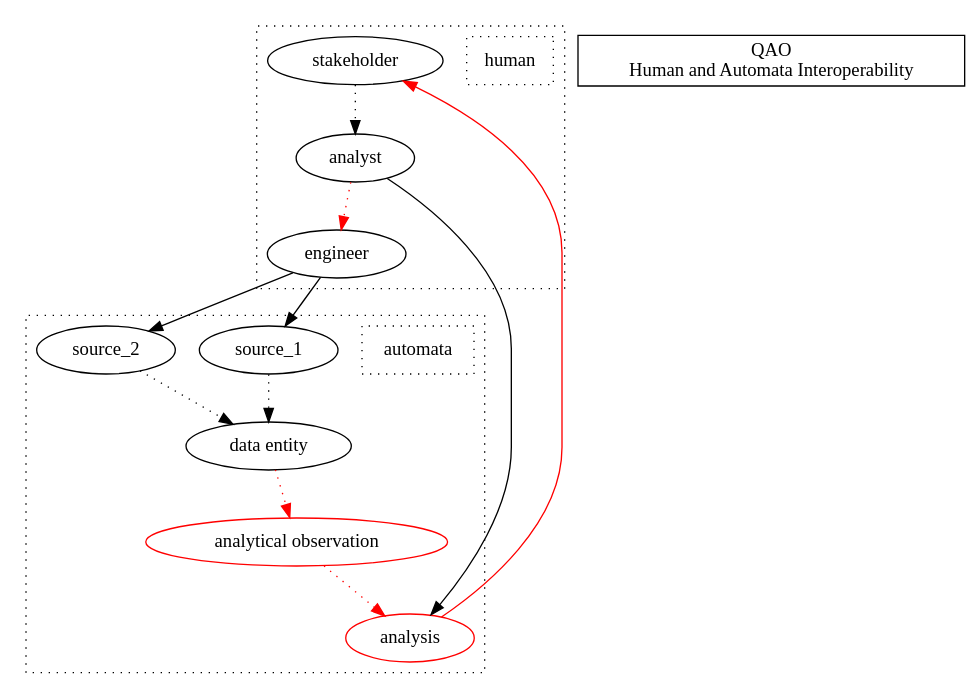
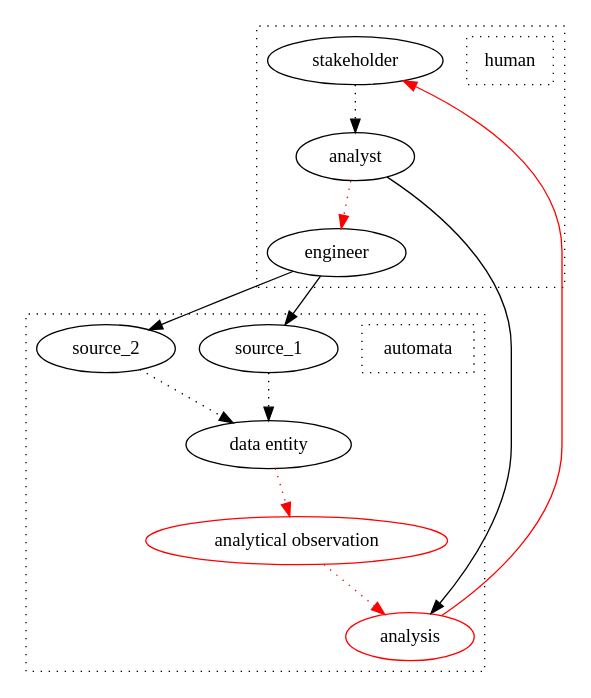
The diagram in blog/2025-04-21-olog-comedy.qmd (softloud/good-enough), drawn with Graphviz before and after one commit. The commit also changed 3 other files, not shown here.

````diff
--- a/blog/2025-04-21-olog-comedy.qmd
+++ b/blog/2025-04-21-olog-comedy.qmd
@@ -200,43 +200,41 @@
 ```{dot}
 digraph G {
     
   subgraph cluster_data {
     style = dotted
 
     automata [style = "dotted", shape = box]
 
     join [label="data entity"]
     output [label="analytical observation", color=red]
     analysis [color=red]
 
     source_1 -> join [style=dotted]
     source_2 -> join [style=dotted]
     join -> output [color = red, style=dotted]
     output -> analysis [color = red, style=dotted]
 
   }
 
   subgraph cluster_human {
     style = dotted
     human [style = "dotted", shape = box]
       
     engineer
     analyst
     stakeholder
     
     analyst -> engineer [style=dotted, color=red]
     stakeholder  ->  analyst [style=dotted]
     
   }
 
   engineer -> source_1  
   engineer -> source_2
   analyst -> analysis 
   analysis -> stakeholder [color=red]
-  
-  title [shape = box, label = "QAO\nHuman and Automata Interoperability", sytle = dashed]
-  
+    
 }
 
 
 ```
````
